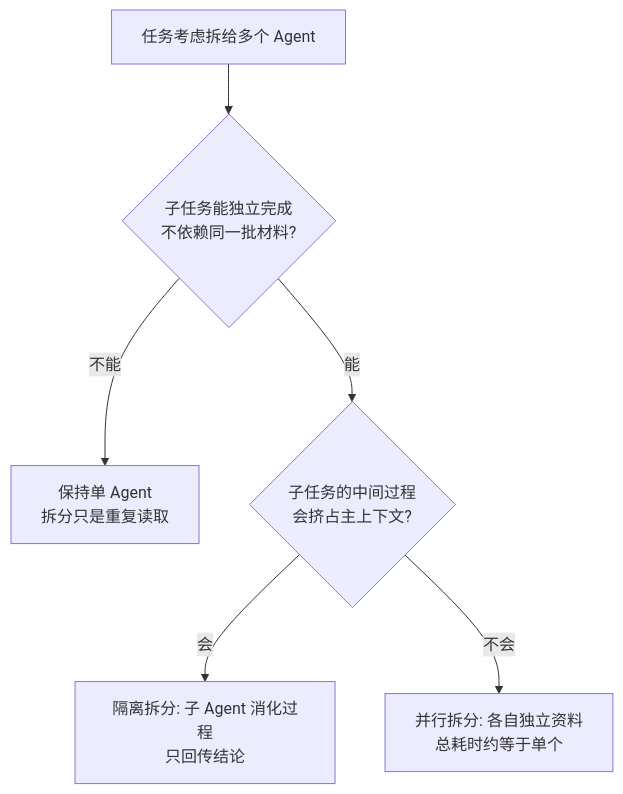
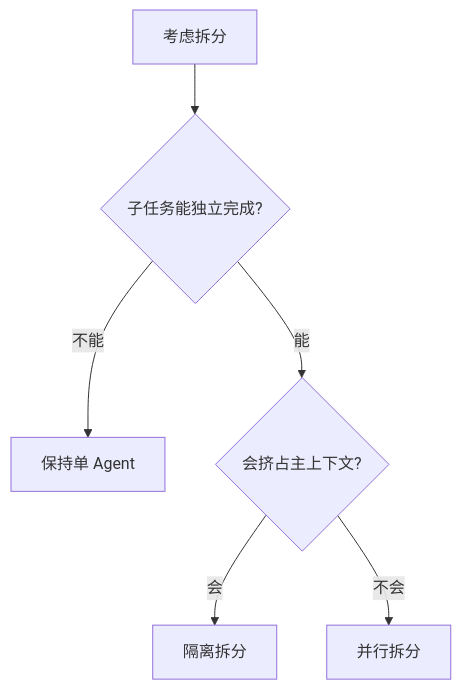
The second of 2 diagrams in vault/工程知识/AI 系统工程：从模型能力到生产能力/Agent与工作流/多智能体只在能并行或需要独立上下文时才值得.md (hub138/technical-knowledge), drawn with Mermaid before and after one commit. The commit also changed other lines of this file and 622 other files, not shown here.

````diff
--- a/vault/工程知识/AI 系统工程：从模型能力到生产能力/Agent与工作流/多智能体只在能并行或需要独立上下文时才值得.md
+++ b/vault/工程知识/AI 系统工程：从模型能力到生产能力/Agent与工作流/多智能体只在能并行或需要独立上下文时才值得.md
@@ -43,8 +74,8 @@
 ```mermaid
 graph TD
-    T[任务考虑拆给多个 Agent] --> Q1{子任务能独立完成<br>不依赖同一批材料?}
-    Q1 -->|不能| S[保持单 Agent<br>拆分只是重复读取]
-    Q1 -->|能| Q2{子任务的中间过程<br>会挤占主上下文?}
-    Q2 -->|会| Q[隔离拆分: 子 Agent 消化过程<br>只回传结论]
-    Q2 -->|不会| P[并行拆分: 各自独立资料<br>总耗时约等于单个]
+    T[考虑拆分] --> Q1{子任务能独立完成?}
+    Q1 -->|不能| S[保持单 Agent]
+    Q1 -->|能| Q2{会挤占主上下文?}
+    Q2 -->|会| Q[隔离拆分]
+    Q2 -->|不会| P[并行拆分]
 ```
````
